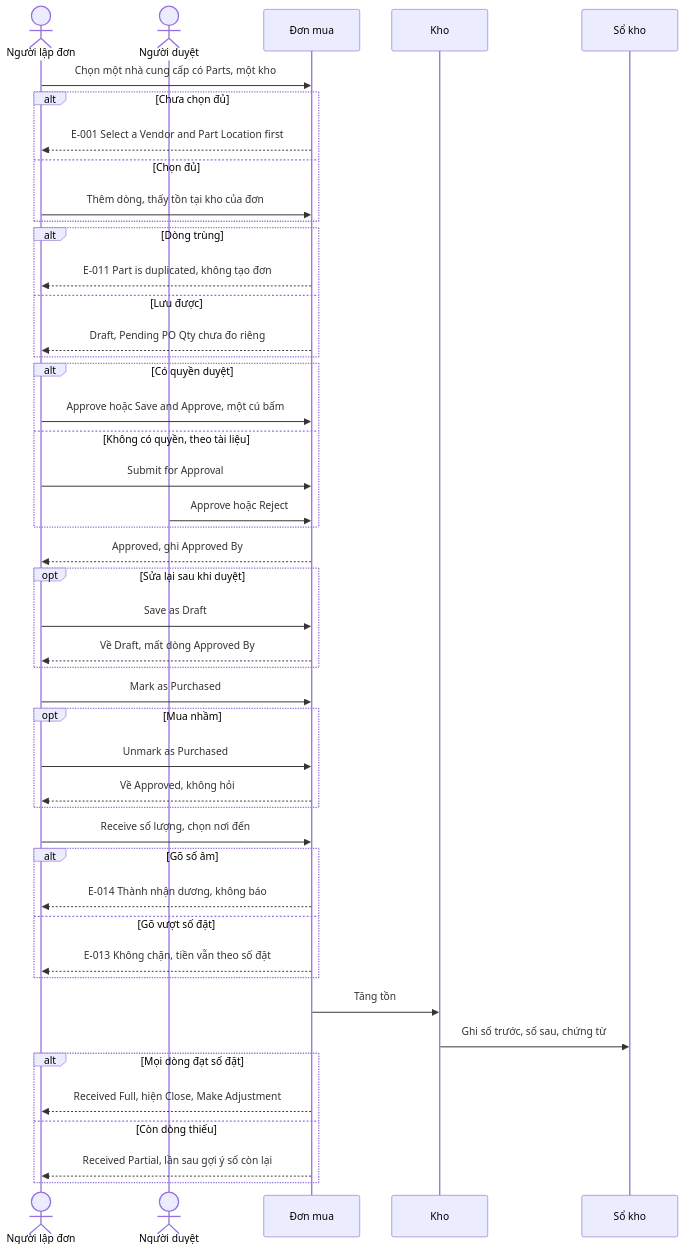
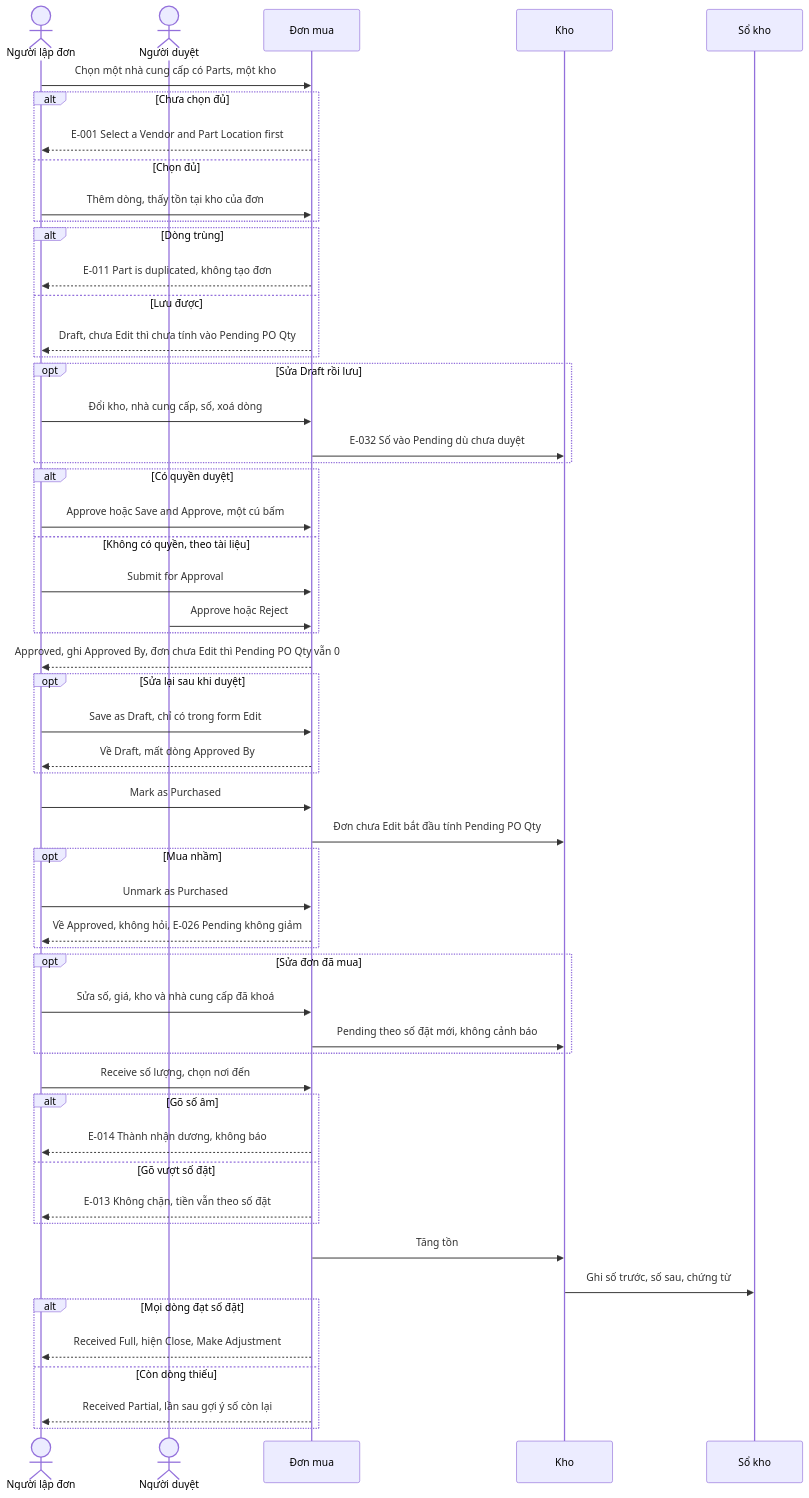
Before and after one commit to szitphan/invlogis: the first of 13 diagrams in docs/_research/fleetio/srs/fleetio-parts-purchasing-fuel-flows.md, drawn with Mermaid. The commit also changed other lines of this file and 113 other files, not shown here.

````diff
--- a/docs/_research/fleetio/srs/fleetio-parts-purchasing-fuel-flows.md
+++ b/docs/_research/fleetio/srs/fleetio-parts-purchasing-fuel-flows.md
@@ -13,48 +13,57 @@
 ```mermaid
 sequenceDiagram
     actor U as Người lập đơn
     actor A as Người duyệt
     participant P as Đơn mua
     participant K as Kho
     participant L as Sổ kho
     U->>P: Chọn một nhà cung cấp có Parts, một kho
     alt Chưa chọn đủ
         P-->>U: E-001 Select a Vendor and Part Location first
     else Chọn đủ
         U->>P: Thêm dòng, thấy tồn tại kho của đơn
     end
     alt Dòng trùng
         P-->>U: E-011 Part is duplicated, không tạo đơn
     else Lưu được
-        P-->>U: Draft, Pending PO Qty chưa đo riêng
+        P-->>U: Draft, chưa Edit thì chưa tính vào Pending PO Qty
+    end
+    opt Sửa Draft rồi lưu
+        U->>P: Đổi kho, nhà cung cấp, số, xoá dòng
+        P->>K: E-032 Số vào Pending dù chưa duyệt
     end
     alt Có quyền duyệt
         U->>P: Approve hoặc Save and Approve, một cú bấm
     else Không có quyền, theo tài liệu
         U->>P: Submit for Approval
         A->>P: Approve hoặc Reject
     end
-    P-->>U: Approved, ghi Approved By
+    P-->>U: Approved, ghi Approved By, đơn chưa Edit thì Pending PO Qty vẫn 0
     opt Sửa lại sau khi duyệt
-        U->>P: Save as Draft
+        U->>P: Save as Draft, chỉ có trong form Edit
         P-->>U: Về Draft, mất dòng Approved By
     end
     U->>P: Mark as Purchased
+    P->>K: Đơn chưa Edit bắt đầu tính Pending PO Qty
     opt Mua nhầm
         U->>P: Unmark as Purchased
-        P-->>U: Về Approved, không hỏi
+        P-->>U: Về Approved, không hỏi, E-026 Pending không giảm
+    end
+    opt Sửa đơn đã mua
+        U->>P: Sửa số, giá, kho và nhà cung cấp đã khoá
+        P->>K: Pending theo số đặt mới, không cảnh báo
     end
     U->>P: Receive số lượng, chọn nơi đến
     alt Gõ số âm
         P-->>U: E-014 Thành nhận dương, không báo
     else Gõ vượt số đặt
         P-->>U: E-013 Không chặn, tiền vẫn theo số đặt
     end
     P->>K: Tăng tồn
     K->>L: Ghi số trước, số sau, chứng từ
     alt Mọi dòng đạt số đặt
         P-->>U: Received Full, hiện Close, Make Adjustment
     else Còn dòng thiếu
         P-->>U: Received Partial, lần sau gợi ý số còn lại
     end
 ```
````
